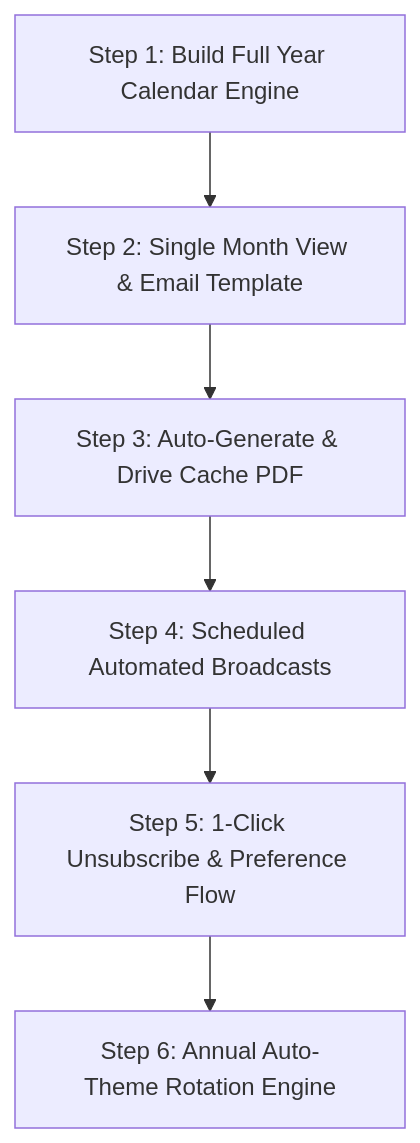
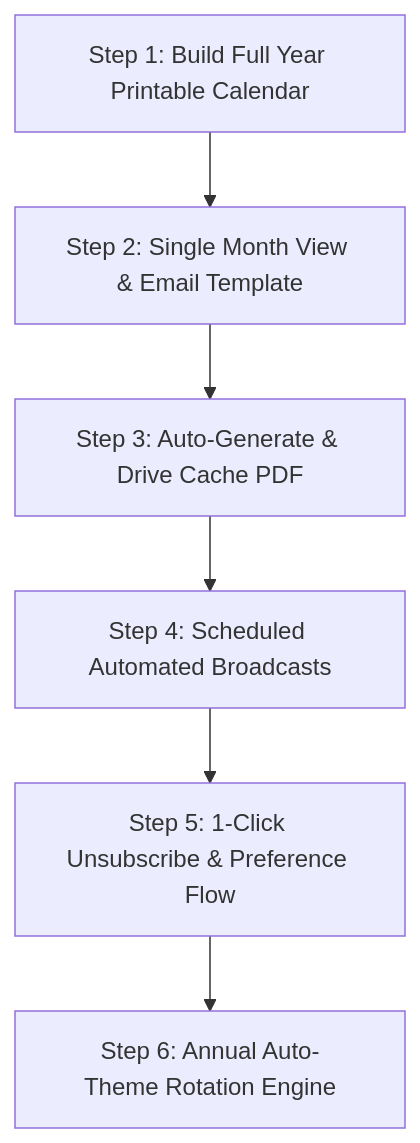
One commit to MosheRosensweig/tendler-family-tree changed the diagram in ROADMAP.md. Above: the diagram before and after it, drawn with Mermaid. The commit also changed other lines of this file, not shown here.

Commit message:
Move implementation sequence table to top of ROADMAP.md

````diff
--- a/ROADMAP.md
+++ b/ROADMAP.md
@@ -110,8 +31,8 @@
 ```mermaid
 graph TD
-    A[Step 1: Build Full Year Calendar Engine] --> B[Step 2: Single Month View & Email Template]
+    A[Step 1: Build Full Year Printable Calendar] --> B[Step 2: Single Month View & Email Template]
     B --> C[Step 3: Auto-Generate & Drive Cache PDF]
     C --> D[Step 4: Scheduled Automated Broadcasts]
     D --> E[Step 5: 1-Click Unsubscribe & Preference Flow]
     E --> F[Step 6: Annual Auto-Theme Rotation Engine]
 ```
````
